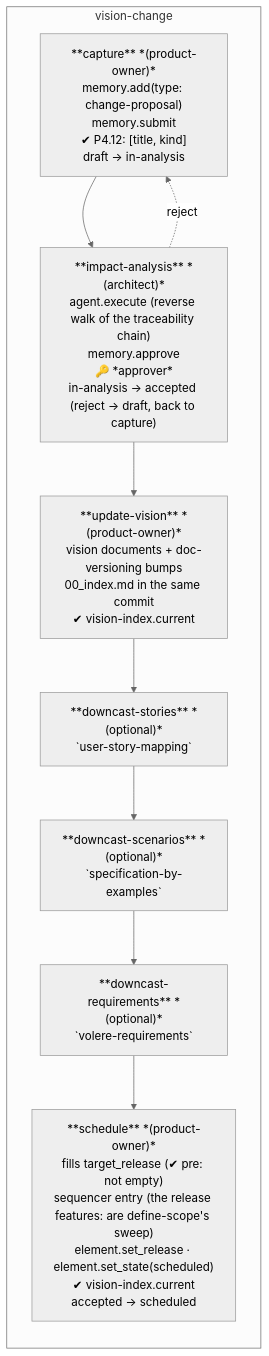
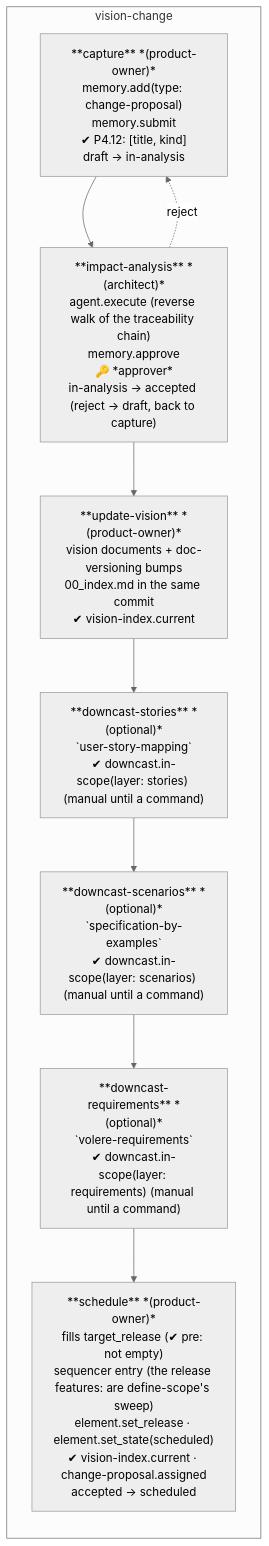
Diagram 19 of 29 in .wingfoil/WORKFLOW.md (wingfoil/wingfoil), drawn with Mermaid (neutral theme) before and after one commit. The commit also changed other lines of this file and 3 other files, not shown here.

First line of the commit message:
feat(workflow): task-359 — bind vision-change's downcast.in-scope and change-proposal.assigned checks

````diff
--- a/.wingfoil/WORKFLOW.md
+++ b/.wingfoil/WORKFLOW.md
@@ -566,15 +566,15 @@
 ```mermaid
 flowchart TD
     subgraph VC["vision-change"]
         direction TB
         V1["**capture** *(product-owner)*\nmemory.add(type: change-proposal)\nmemory.submit\n✔ P4.12: [title, kind]\ndraft → in-analysis"]
         V2["**impact-analysis** *(architect)*\nagent.execute (reverse walk of the traceability chain)\nmemory.approve\n🔑 *approver*\nin-analysis → accepted (reject → draft, back to capture)"]
         V3["**update-vision** *(product-owner)*\nvision documents + doc-versioning bumps\n00_index.md in the same commit\n✔ vision-index.current"]
-        V4["**downcast-stories** *(optional)*\n`user-story-mapping`"]
-        V5["**downcast-scenarios** *(optional)*\n`specification-by-examples`"]
-        V6["**downcast-requirements** *(optional)*\n`volere-requirements`"]
-        V7["**schedule** *(product-owner)*\nfills target_release (✔ pre: not empty)\nsequencer entry (the release features: are define-scope's sweep)\nelement.set_release · element.set_state(scheduled)\n✔ vision-index.current\naccepted → scheduled"]
+        V4["**downcast-stories** *(optional)*\n`user-story-mapping`\n✔ downcast.in-scope(layer: stories) (manual until a command)"]
+        V5["**downcast-scenarios** *(optional)*\n`specification-by-examples`\n✔ downcast.in-scope(layer: scenarios) (manual until a command)"]
+        V6["**downcast-requirements** *(optional)*\n`volere-requirements`\n✔ downcast.in-scope(layer: requirements) (manual until a command)"]
+        V7["**schedule** *(product-owner)*\nfills target_release (✔ pre: not empty)\nsequencer entry (the release features: are define-scope's sweep)\nelement.set_release · element.set_state(scheduled)\n✔ vision-index.current · change-proposal.assigned\naccepted → scheduled"]
         V1 --> V2 --> V3 --> V4 --> V5 --> V6 --> V7
         V2 -. reject .-> V1
     end
 ```
````
